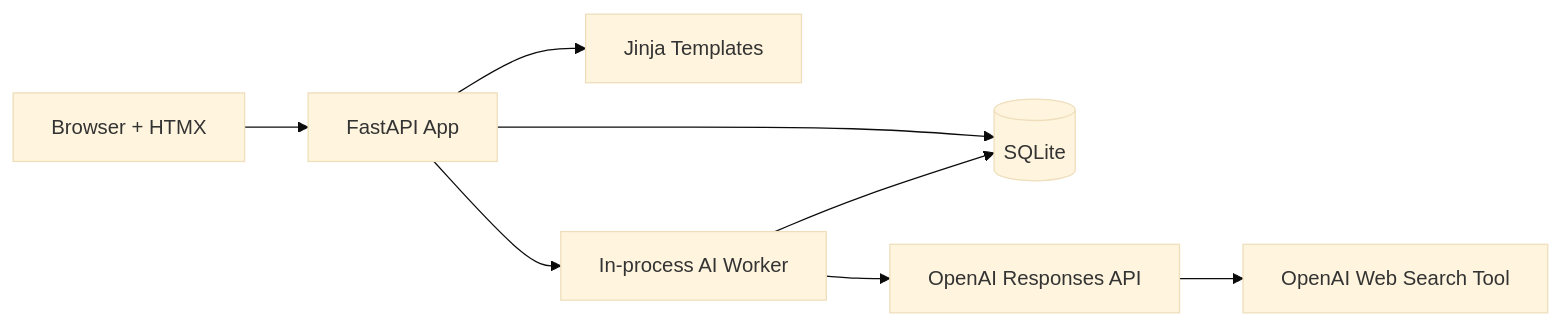
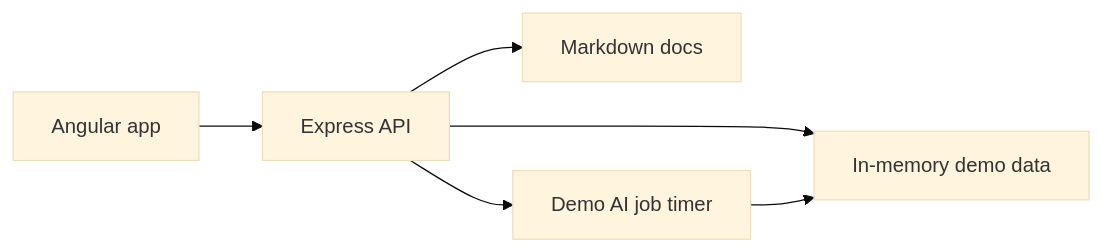
Before and after one commit to flxc4p4str/forecasting-ai-example: the diagram in docs/architecture.md, drawn with Mermaid (base theme). The commit also changed other lines of this file and 31 other files, not shown here.

Commit message:
angular front end/ express backend

````diff
--- a/docs/architecture.md
+++ b/docs/architecture.md
@@ -94,10 +20,8 @@
 ```mermaid
 flowchart LR
-    Browser[Browser + HTMX] --> FastAPI[FastAPI App]
-    FastAPI --> Templates[Jinja Templates]
-    FastAPI --> SQLite[(SQLite)]
-    FastAPI --> Worker[In-process AI Worker]
-    Worker --> SQLite
-    Worker --> OpenAI[OpenAI Responses API]
-    OpenAI --> WebSearch[OpenAI Web Search Tool]
+    Browser[Angular app] --> Express[Express API]
+    Express --> Data[In-memory demo data]
+    Express --> Docs[Markdown docs]
+    Express --> Worker[Demo AI job timer]
+    Worker --> Data
 ```
````
